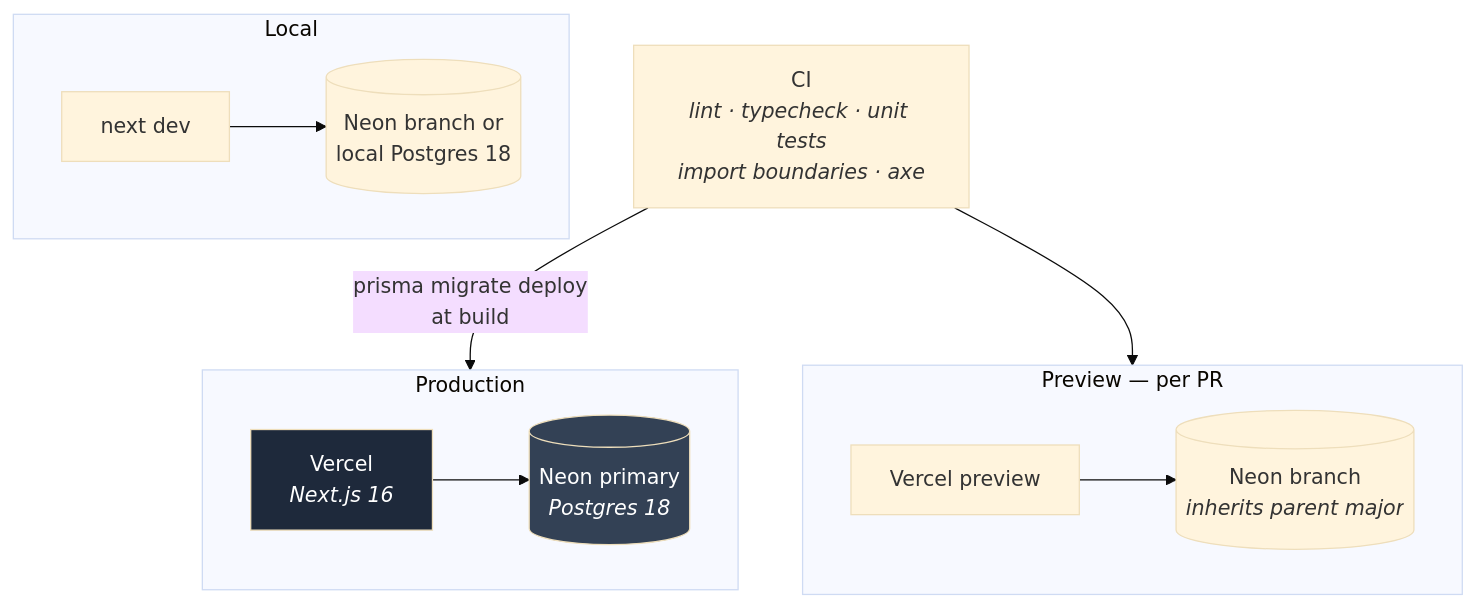
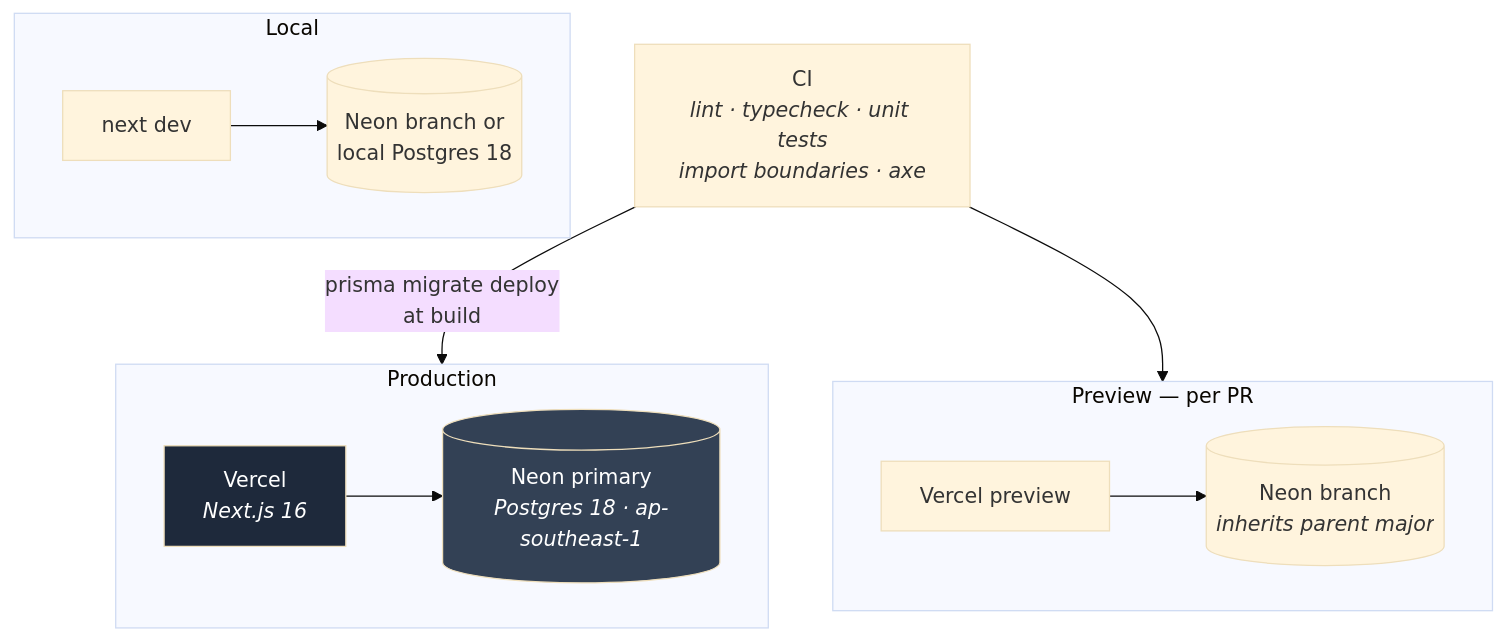
One commit to oremono/payroll changed the fifth of 5 diagrams in docs/planning-artifacts/architecture/architecture-payroll-2026-07-17/C4-MODEL.md. Above: the diagram before and after it, drawn with Mermaid (base theme). The commit also changed other lines of this file and 4 other files, not shown here.

````diff
--- a/docs/planning-artifacts/architecture/architecture-payroll-2026-07-17/C4-MODEL.md
+++ b/docs/planning-artifacts/architecture/architecture-payroll-2026-07-17/C4-MODEL.md
@@ -150,18 +150,18 @@
 ```mermaid
 graph TB
   subgraph PROD["Production"]
-    V1["Vercel<br/><i>Next.js 16</i>"] --> N1[("Neon primary<br/><i>Postgres 18</i>")]
+    V1["Vercel<br/><i>Next.js 16</i>"] --> N1[("Neon primary<br/><i>Postgres 18 · ap-southeast-1</i>")]
   end
   subgraph PREV["Preview — per PR"]
     V2["Vercel preview"] --> N2[("Neon branch<br/><i>inherits parent major</i>")]
   end
   subgraph LOCAL["Local"]
     V3["next dev"] --> N3[("Neon branch or<br/>local Postgres 18")]
   end
 
   CI["CI<br/><i>lint · typecheck · unit tests<br/>import boundaries · axe</i>"] -->|"prisma migrate deploy<br/>at build"| PROD
   CI --> PREV
 
   style V1 fill:#1e293b,color:#ffffff
   style N1 fill:#334155,color:#ffffff
 ```
````
